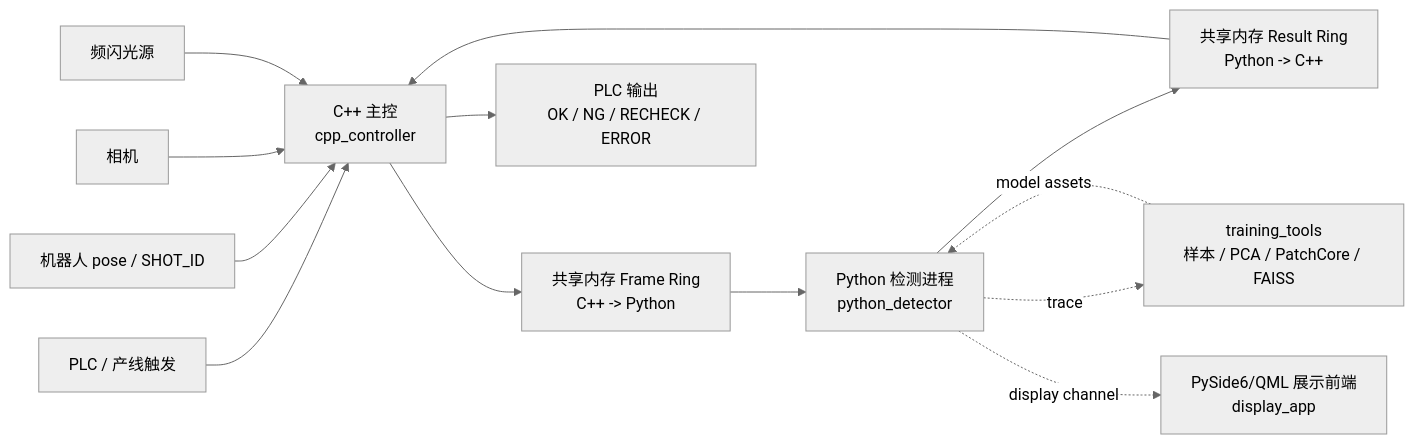
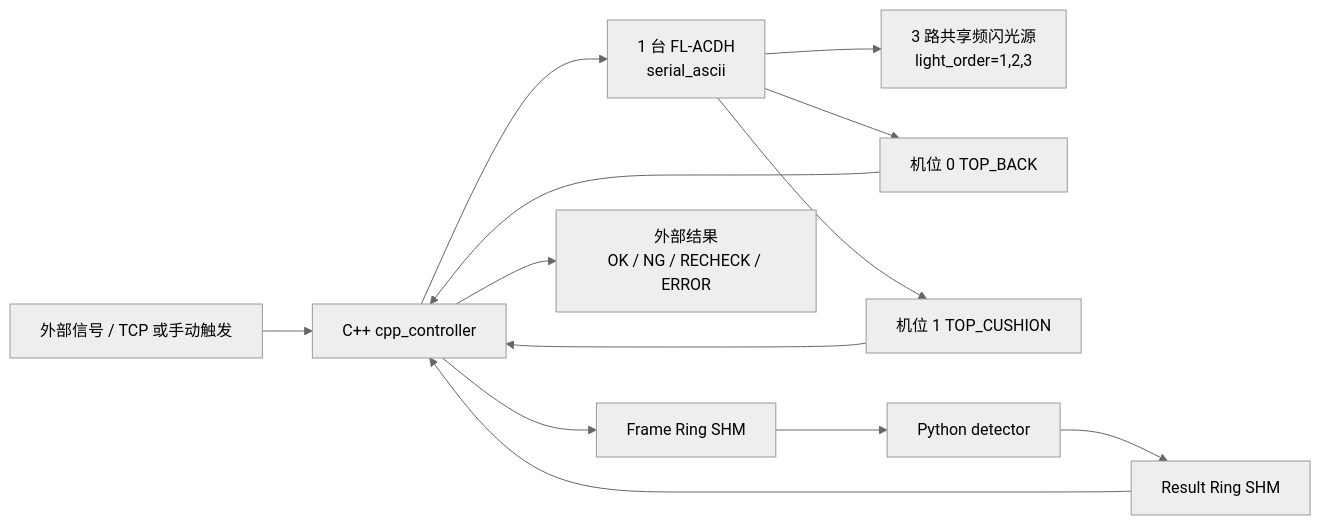
One commit to celien99/seat-surface-aoi changed the diagram in README.md. Above: the diagram before and after it, drawn with Mermaid (neutral theme). The commit also changed other lines of this file and 25 other files, not shown here.

Commit message:
refactor(cpp-controller): ♻️ 收敛主控到固定双机位三光源链路

````diff
--- a/README.md
+++ b/README.md
@@ -54,17 +7,15 @@
 ```mermaid
 flowchart LR
-  PLC["PLC / 产线触发"] --> CXX["C++ 主控<br/>cpp_controller"]
-  Robot["机器人 pose / SHOT_ID"] --> CXX
-  Camera["相机"] --> CXX
-  Light["频闪光源"] --> CXX
-
-  CXX --> FrameRing["共享内存 Frame Ring<br/>C++ -> Python"]
-  FrameRing --> PY["Python 检测进程<br/>python_detector"]
-  PY --> ResultRing["共享内存 Result Ring<br/>Python -> C++"]
-  ResultRing --> CXX
-  CXX --> Decision["PLC 输出<br/>OK / NG / RECHECK / ERROR"]
-
-  PY -. trace .-> Training["training_tools<br/>样本 / PCA / PatchCore / FAISS"]
-  Training -. model assets .-> PY
-  PY -. display channel .-> UI["PySide6/QML 展示前端<br/>display_app"]
+  Signal["外部信号 / TCP 或手动触发"] --> CXX["C++ cpp_controller"]
+  CXX --> Light["1 台 FL-ACDH\nserial_ascii"]
+  Light --> Lamps["3 路共享频闪光源\nlight_order=1,2,3"]
+  Light --> Cam0["机位 0 TOP_BACK"]
+  Light --> Cam1["机位 1 TOP_CUSHION"]
+  Cam0 --> CXX
+  Cam1 --> CXX
+  CXX --> Frames["Frame Ring SHM"]
+  Frames --> Py["Python detector"]
+  Py --> Results["Result Ring SHM"]
+  Results --> CXX
+  CXX --> Output["外部结果\nOK / NG / RECHECK / ERROR"]
 ```
````
